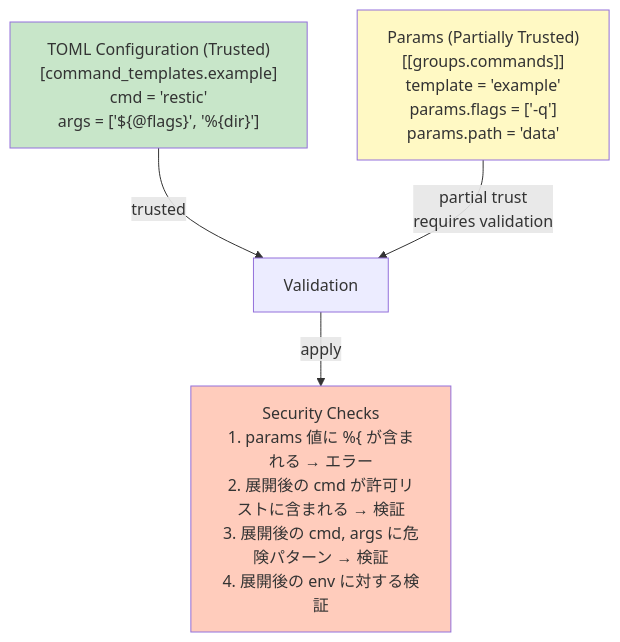
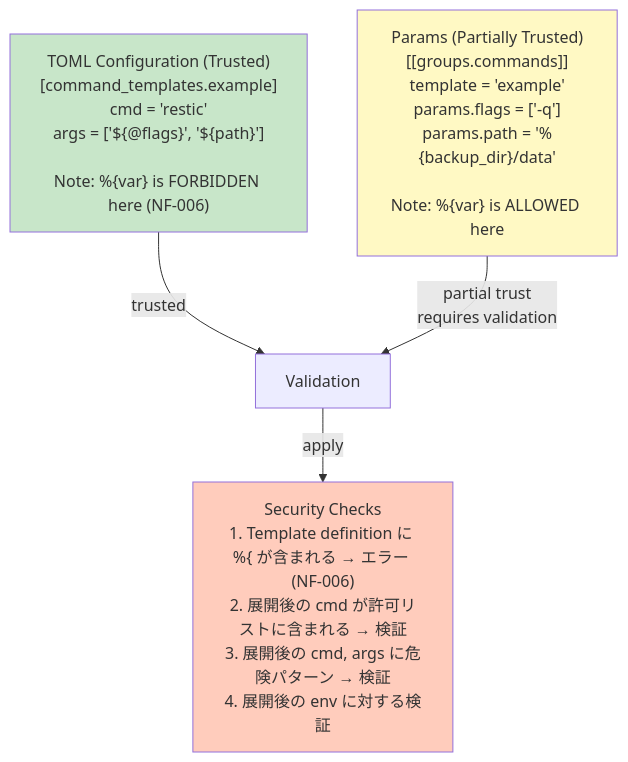
One commit to isseis/go-safe-cmd-runner changed the fifth of 11 diagrams in docs/tasks/0062_command_templates/02_architecture.md. Above: the diagram before and after it, drawn with Mermaid. The commit also changed other lines of this file and 2 other files, not shown here.

First line of the commit message:
Enforce NF-006: disallow %{ variable references in template definitions

````diff
--- a/docs/tasks/0062_command_templates/02_architecture.md
+++ b/docs/tasks/0062_command_templates/02_architecture.md
@@ -129,17 +129,17 @@
 ```mermaid
 graph TB
-    A["TOML Configuration (Trusted)<br/>[command_templates.example]<br/>cmd = 'restic'<br/>args = ['${@flags}', '%{dir}']"]
-    B["Params (Partially Trusted)<br/>[[groups.commands]]<br/>template = 'example'<br/>params.flags = ['-q']<br/>params.path = 'data'"]
+    A["TOML Configuration (Trusted)<br/>[command_templates.example]<br/>cmd = 'restic'<br/>args = ['${@flags}', '${path}']<br/><br/>Note: %{var} is FORBIDDEN here (NF-006)"]
+    B["Params (Partially Trusted)<br/>[[groups.commands]]<br/>template = 'example'<br/>params.flags = ['-q']<br/>params.path = '%{backup_dir}/data'<br/><br/>Note: %{var} is ALLOWED here"]
 
     C["Validation"]
 
-    D["Security Checks<br/>1. params 値に %{ が含まれる → エラー<br/>2. 展開後の cmd が許可リストに含まれる → 検証<br/>3. 展開後の cmd, args に危険パターン → 検証<br/>4. 展開後の env に対する検証"]
+    D["Security Checks<br/>1. Template definition に %{ が含まれる → エラー (NF-006)<br/>2. 展開後の cmd が許可リストに含まれる → 検証<br/>3. 展開後の cmd, args に危険パターン → 検証<br/>4. 展開後の env に対する検証"]
 
     A -->|trusted| C
     B -->|partial trust<br/>requires validation| C
     C -->|apply| D
 
     style A fill:#c8e6c9
     style B fill:#fff9c4
     style D fill:#ffccbc
 ```
````
